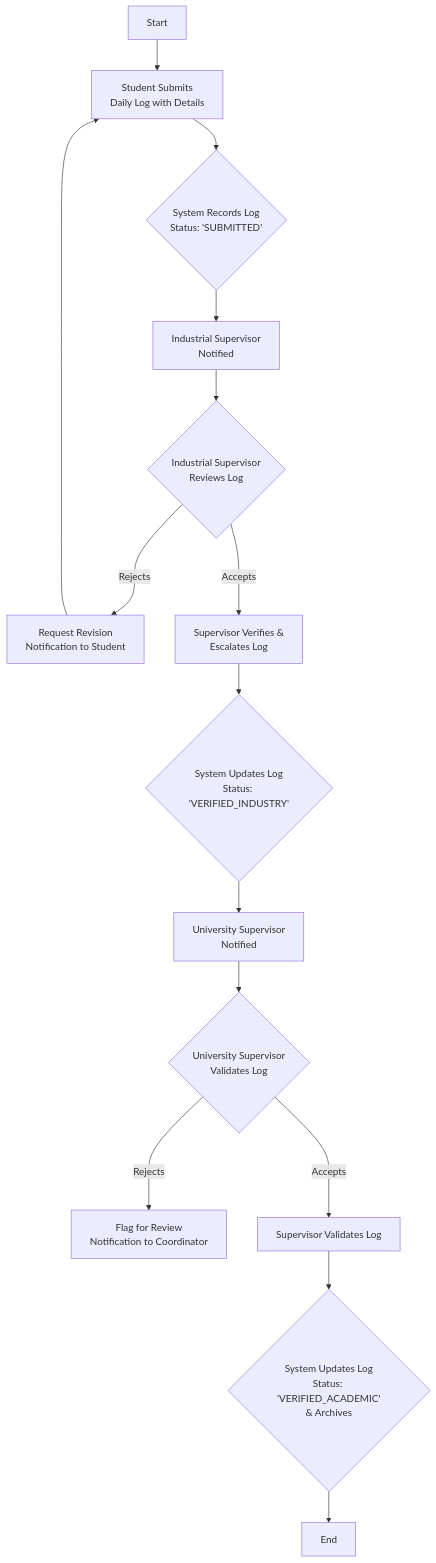
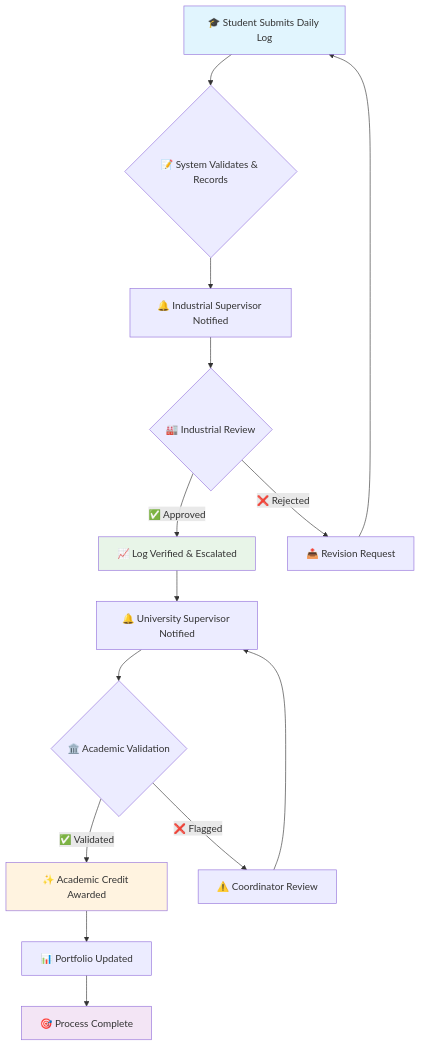
The second of 2 diagrams in app/iptservice.md (mencorium/fastNotesAPI), drawn with Mermaid before and after one commit. The commit also changed other lines of this file, not shown here.

````diff
--- a/app/iptservice.md
+++ b/app/iptservice.md
@@ -69,17 +74,21 @@
 ```mermaid
 flowchart TD
-    A[Start] --> B[Student Submits\nDaily Log with Details]
-    B --> C{System Records Log\nStatus: 'SUBMITTED'}
-    C --> D[Industrial Supervisor\nNotified]
-    D --> E{Industrial Supervisor\nReviews Log}
-    E --->|Rejects| F[Request Revision\nNotification to Student]
-    F --> B
-    E --->|Accepts| G[Supervisor Verifies &\nEscalates Log]
-    G --> H{System Updates Log\nStatus: 'VERIFIED_INDUSTRY'}
-    H --> I[University Supervisor\nNotified]
-    I --> J{University Supervisor\nValidates Log}
-    J --->|Rejects| K[Flag for Review\nNotification to Coordinator]
-    J --->|Accepts| L[Supervisor Validates Log]
-    L --> M{System Updates Log\nStatus: 'VERIFIED_ACADEMIC'\n& Archives}
-    M --> N[End]
+    A[🎓 Student Submits Daily Log] --> B{📝 System Validates & Records}
+    B --> C[🔔 Industrial Supervisor Notified]
+    C --> D{🏭 Industrial Review}
+    D -->|✅ Approved| E[📈 Log Verified & Escalated]
+    D -->|❌ Rejected| F[📤 Revision Request]
+    F --> A
+    E --> G[🔔 University Supervisor Notified]
+    G --> H{🏛️ Academic Validation}
+    H -->|✅ Validated| I[✨ Academic Credit Awarded]
+    H -->|❌ Flagged| J[⚠️ Coordinator Review]
+    I --> K[📊 Portfolio Updated]
+    J --> G
+    K --> L[🎯 Process Complete]
+
+    style A fill:#e1f5fe
+    style E fill:#e8f5e8
+    style I fill:#fff3e0
+    style L fill:#f3e5f5
 ```
````
